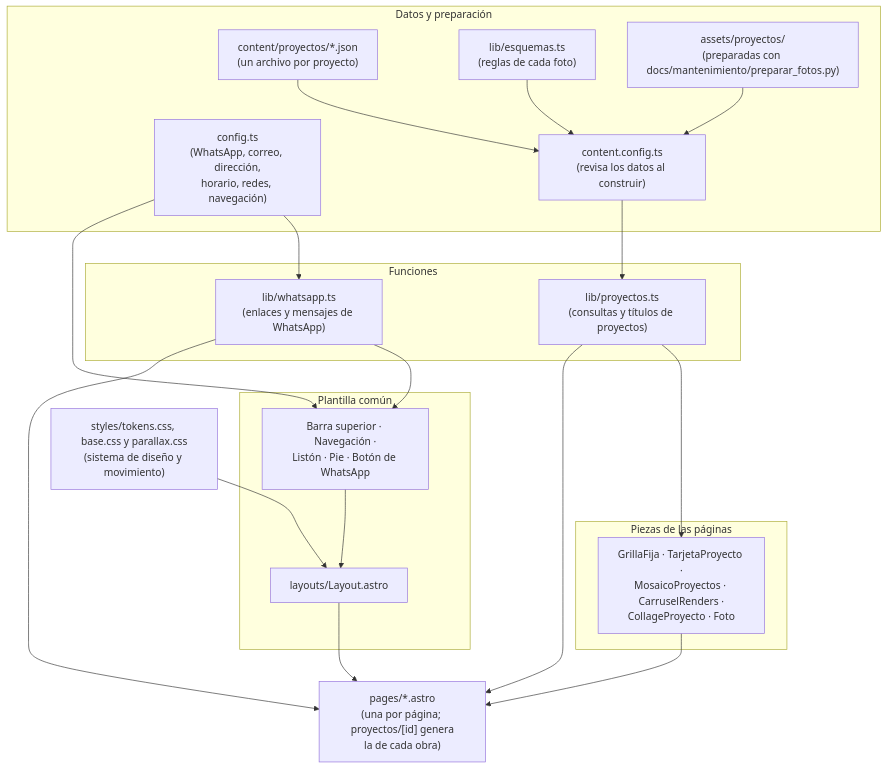
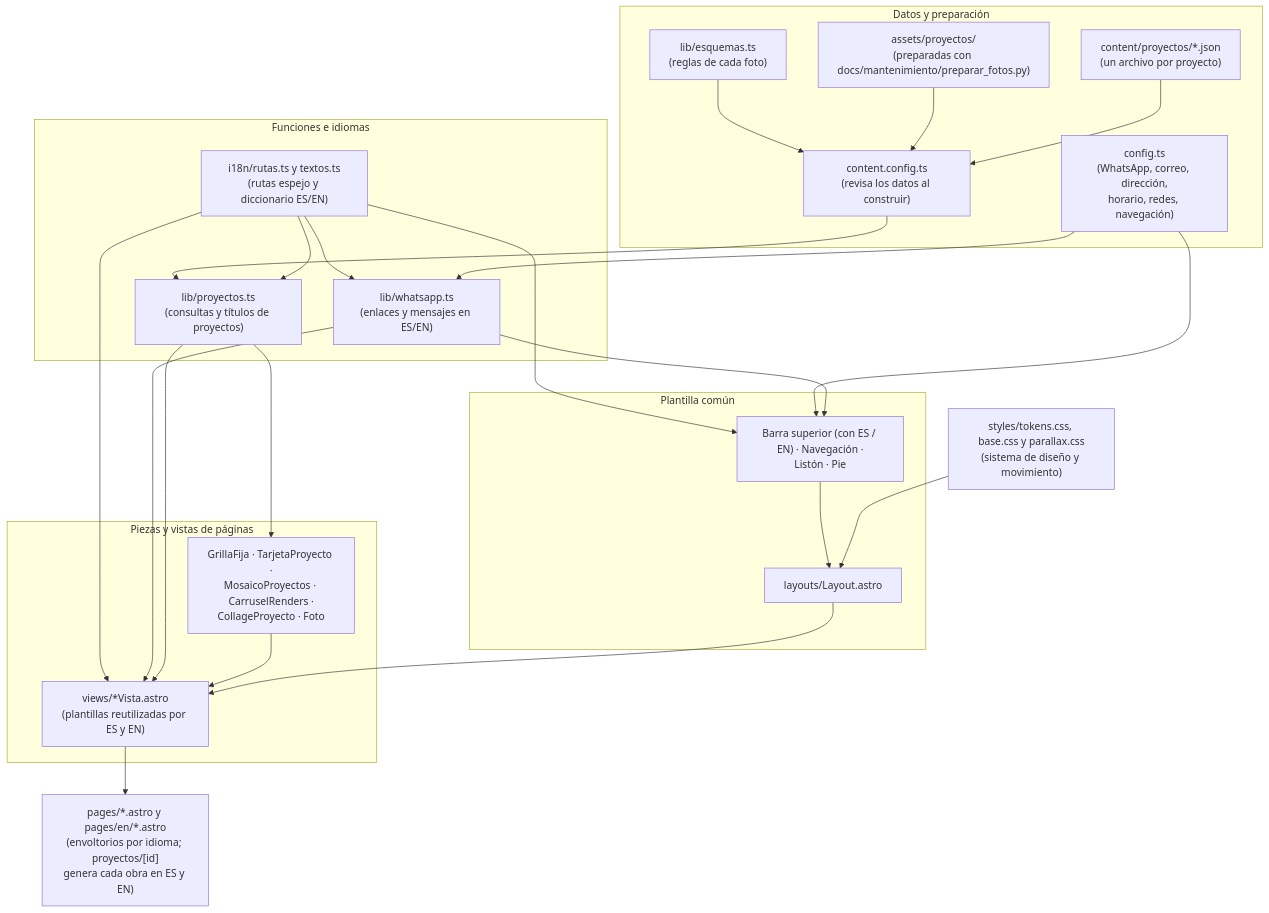
The third of 3 diagrams in docs/arquitectura.md (FavioCanev/web-1903-arquitectos), drawn with Mermaid before and after one commit. The commit also changed other lines of this file and 67 other files, not shown here.

Commit message:
feat: agrega selector de idioma ES/EN en barra superior y versión en inglés

````diff
--- a/docs/arquitectura.md
+++ b/docs/arquitectura.md
@@ -150,42 +150,49 @@
 ```mermaid
 flowchart TB
     subgraph datos["Datos y preparación"]
         config["config.ts<br/>(WhatsApp, correo, dirección,<br/>horario, redes, navegación)"]
         proyectos["content/proyectos/*.json<br/>(un archivo por proyecto)"]
         esquemas["lib/esquemas.ts<br/>(reglas de cada foto)"]
         esquema["content.config.ts<br/>(revisa los datos al construir)"]
         fotos["assets/proyectos/<br/>(preparadas con docs/mantenimiento/preparar_fotos.py)"]
     end
 
-    subgraph logica["Funciones"]
-        whatsapp["lib/whatsapp.ts<br/>(enlaces y mensajes de WhatsApp)"]
+    subgraph logica["Funciones e idiomas"]
+        whatsapp["lib/whatsapp.ts<br/>(enlaces y mensajes en ES/EN)"]
         libproy["lib/proyectos.ts<br/>(consultas y títulos de proyectos)"]
+        i18n["i18n/rutas.ts y textos.ts<br/>(rutas espejo y diccionario ES/EN)"]
     end
 
     subgraph plantilla["Plantilla común"]
         layout["layouts/Layout.astro"]
-        comunes["Barra superior · Navegación ·<br/>Listón · Pie · Botón de WhatsApp"]
+        comunes["Barra superior (con ES / EN) · Navegación ·<br/>Listón · Pie"]
     end
 
-    subgraph piezas["Piezas de las páginas"]
+    subgraph piezas["Piezas y vistas de páginas"]
         tarjetas["GrillaFija · TarjetaProyecto ·<br/>MosaicoProyectos · CarruselRenders ·<br/>CollageProyecto · Foto"]
+        vistas["views/*Vista.astro<br/>(plantillas reutilizadas por ES y EN)"]
     end
 
-    paginas["pages/*.astro<br/>(una por página; proyectos/[id] genera<br/>la de cada obra)"]
+    paginas["pages/*.astro y pages/en/*.astro<br/>(envoltorios por idioma; proyectos/[id]<br/>genera cada obra en ES y EN)"]
     estilos["styles/tokens.css, base.css y parallax.css<br/>(sistema de diseño y movimiento)"]
 
     esquemas --> esquema
     fotos --> esquema
     proyectos --> esquema
     esquema --> libproy
+    i18n --> whatsapp
+    i18n --> libproy
+    i18n --> comunes
+    i18n --> vistas
     config --> whatsapp
     config --> comunes
     whatsapp --> comunes
-    whatsapp --> paginas
+    whatsapp --> vistas
     libproy --> tarjetas
-    libproy --> paginas
-    tarjetas --> paginas
+    libproy --> vistas
+    tarjetas --> vistas
     comunes --> layout
-    layout --> paginas
+    layout --> vistas
+    vistas --> paginas
     estilos --> layout
 ```
````
